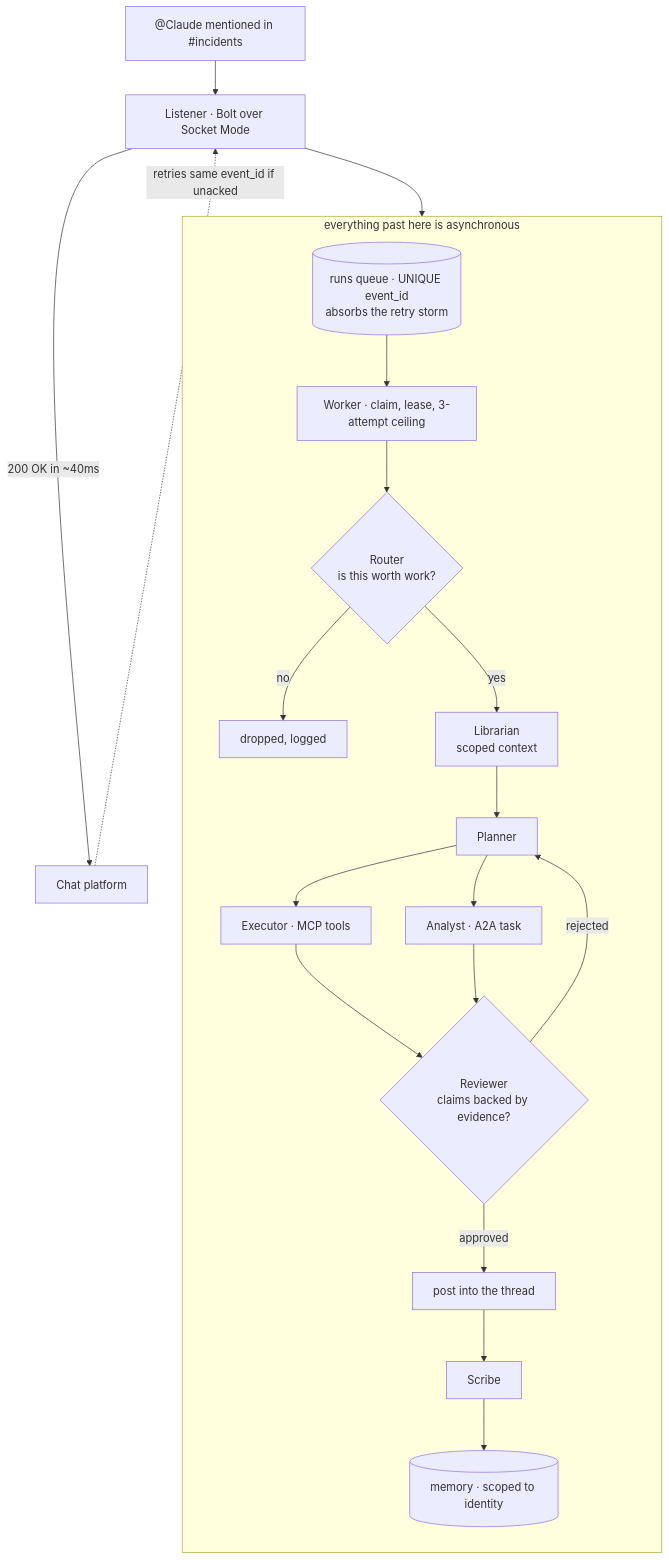
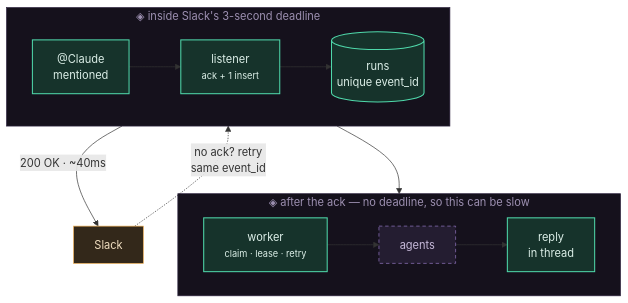
One commit to rppol/claude-tag-poc changed the diagram in docs/diagrams/flow.mmd. Above: the diagram before and after it, drawn with Mermaid. The commit also changed 12 other files, not shown here.

```diff
--- a/docs/diagrams/flow.mmd
+++ b/docs/diagrams/flow.mmd
@@ -1,22 +1,23 @@
 flowchart TB
-  U["@Claude mentioned in #incidents"] --> L["Listener · Bolt over Socket Mode"]
-  L -- "200 OK in ~40ms" --> P["Chat platform"]
-  P -. "retries same event_id if unacked" .-> L
-  L --> Q[("runs queue · UNIQUE event_id<br/>absorbs the retry storm")]
+  subgraph FAST["◈ inside Slack's 3-second deadline"]
+    direction LR
+    U["@Claude<br/>mentioned"] --> L["listener<br/><small>ack + 1 insert</small>"]
+    L --> Q[("runs<br/>unique event_id")]
+  end
 
-  subgraph AFTER ["everything past here is asynchronous"]
-    direction TB
-    Q --> W["Worker · claim, lease, 3-attempt ceiling"]
-    W --> R{"Router<br/>is this worth work?"}
-    R -- "no" --> D["dropped, logged"]
-    R -- "yes" --> LB["Librarian<br/>scoped context"]
-    LB --> PL["Planner"]
-    PL --> EX["Executor · MCP tools"]
-    PL --> AN["Analyst · A2A task"]
-    EX --> RV{"Reviewer<br/>claims backed by evidence?"}
-    AN --> RV
-    RV -- "rejected" --> PL
-    RV -- "approved" --> OUT["post into the thread"]
-    OUT --> SC["Scribe"]
-    SC --> MEM[("memory · scoped to identity")]
+  L -->|"200 OK · ~40ms"| SL["Slack"]
+  SL -.->|"no ack? retry<br/>same event_id"| L
+
+  subgraph SLOW["◈ after the ack — no deadline, so this can be slow"]
+    direction LR
+    Q --> W["worker<br/><small>claim · lease · retry</small>"] --> AG["agents"] --> R["reply<br/>in thread"]
   end
+
+  classDef built stroke:#4FD8AA,fill:#16332B,color:#DCEFE8,stroke-width:1.5px
+  classDef ext stroke:#EDAE55,fill:#33281A,color:#F0DEC0
+  classDef design stroke:#9578C4,fill:#241D31,color:#C6B9D9,stroke-dasharray:5 4
+  class U,L,Q,W,R built
+  class SL ext
+  class AG design
+  style FAST fill:#15111C,stroke:#2F2540,color:#9C8FB0
+  style SLOW fill:#15111C,stroke:#2F2540,color:#9C8FB0
```
